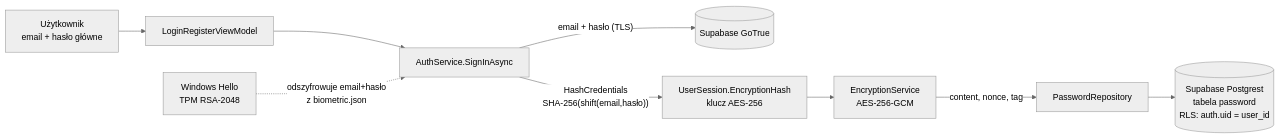
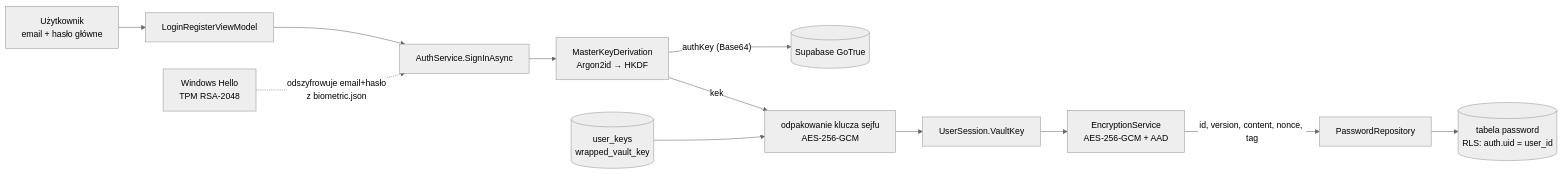
One commit to henick408/PasswordManager changed the first of 2 diagrams in docs/security-analysis.md. Above: the diagram before and after it, drawn with Mermaid (neutral theme). The commit also changed other lines of this file, not shown here.

Commit message:
Update security analysis after key model v2

````diff
--- a/docs/security-analysis.md
+++ b/docs/security-analysis.md
@@ -36,11 +43,14 @@
 ```mermaid
 flowchart LR
     U[Użytkownik<br/>email + hasło główne] --> L[LoginRegisterViewModel]
     L --> A[AuthService.SignInAsync]
-    A -- "email + hasło (TLS)" --> S[(Supabase GoTrue)]
-    A -- "HashCredentials<br/>SHA-256(shift(email,hasło))" --> K[UserSession.EncryptionHash<br/>klucz AES-256]
-    K --> E[EncryptionService<br/>AES-256-GCM]
-    E -- "content, nonce, tag" --> R[PasswordRepository]
-    R --> DB[(Supabase Postgrest<br/>tabela password<br/>RLS: auth.uid = user_id)]
+    A --> KDF["MasterKeyDerivation<br/>Argon2id → HKDF"]
+    KDF -- "authKey (Base64)" --> S[(Supabase GoTrue)]
+    KDF -- "kek" --> W["odpakowanie klucza sejfu<br/>AES-256-GCM"]
+    UK[(user_keys<br/>wrapped_vault_key)] --> W
+    W --> SES[UserSession.VaultKey]
+    SES --> E[EncryptionService<br/>AES-256-GCM + AAD]
+    E -- "id, version, content, nonce, tag" --> R[PasswordRepository]
+    R --> DB[(tabela password<br/>RLS: auth.uid = user_id)]
     H[Windows Hello<br/>TPM RSA-2048] -. "odszyfrowuje email+hasło<br/>z biometric.json" .-> A
 ```
````
